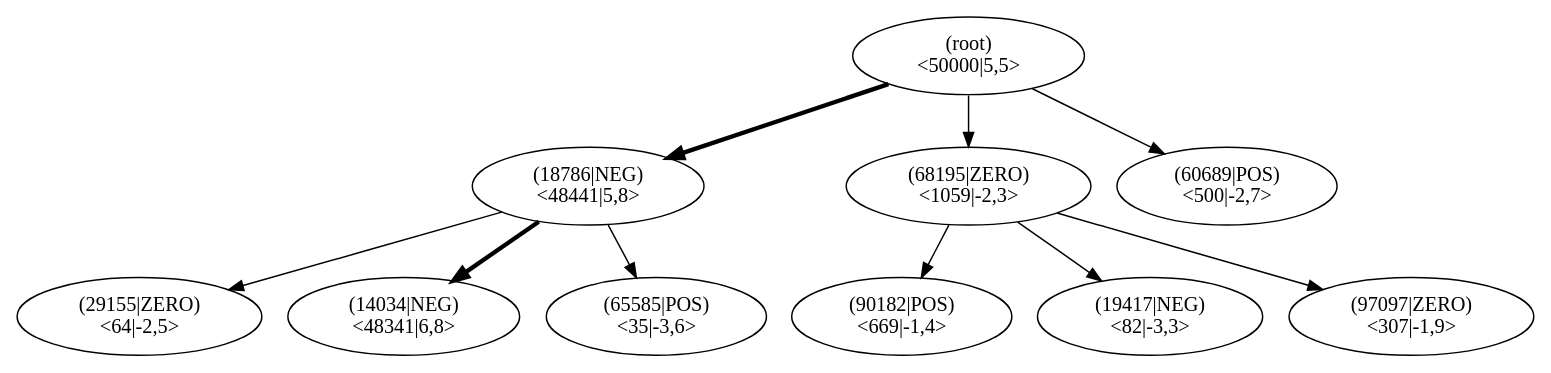
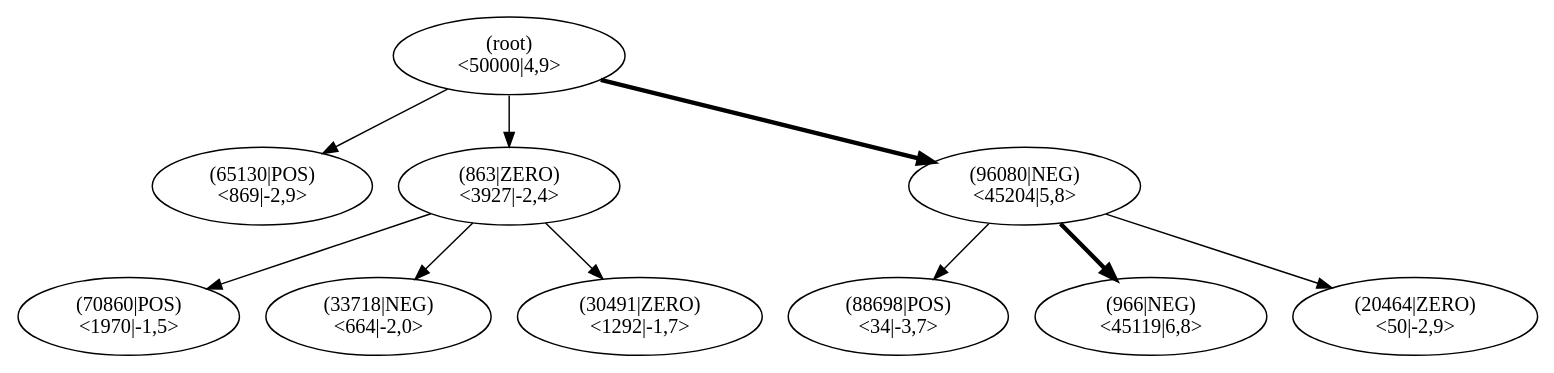
One commit to JonasHellgren/relexp-java changed the diagram in pictures/ch13/lane_test_mcts.dot. Above: the diagram before and after it, drawn with Graphviz. The commit also changed 4 other files, not shown here.

```diff
--- a/pictures/ch13/lane_test_mcts.dot
+++ b/pictures/ch13/lane_test_mcts.dot
@@ -1,32 +1,32 @@
 digraph MCTS {
 node [shape=ellipse];
 Nroot [label="(root)
-<50000|5,5>"];
-Nroot -> N18786[penwidth=3];
-N18786 [label="(18786|NEG)
-<48441|5,8>"];
-N18786 -> N29155[penwidth=1];
-N29155 [label="(29155|ZERO)
-<64|-2,5>"];
-N18786 -> N14034[penwidth=3];
-N14034 [label="(14034|NEG)
-<48341|6,8>"];
-N18786 -> N65585[penwidth=1];
-N65585 [label="(65585|POS)
-<35|-3,6>"];
-Nroot -> N68195[penwidth=1];
-N68195 [label="(68195|ZERO)
-<1059|-2,3>"];
-N68195 -> N90182[penwidth=1];
-N90182 [label="(90182|POS)
-<669|-1,4>"];
-N68195 -> N19417[penwidth=1];
-N19417 [label="(19417|NEG)
-<82|-3,3>"];
-N68195 -> N97097[penwidth=1];
-N97097 [label="(97097|ZERO)
-<307|-1,9>"];
-Nroot -> N60689[penwidth=1];
-N60689 [label="(60689|POS)
-<500|-2,7>"];
+<50000|4,9>"];
+Nroot -> N65130[penwidth=1];
+N65130 [label="(65130|POS)
+<869|-2,9>"];
+Nroot -> N863[penwidth=1];
+N863 [label="(863|ZERO)
+<3927|-2,4>"];
+N863 -> N70860[penwidth=1];
+N70860 [label="(70860|POS)
+<1970|-1,5>"];
+N863 -> N33718[penwidth=1];
+N33718 [label="(33718|NEG)
+<664|-2,0>"];
+N863 -> N30491[penwidth=1];
+N30491 [label="(30491|ZERO)
+<1292|-1,7>"];
+Nroot -> N96080[penwidth=3];
+N96080 [label="(96080|NEG)
+<45204|5,8>"];
+N96080 -> N88698[penwidth=1];
+N88698 [label="(88698|POS)
+<34|-3,7>"];
+N96080 -> N966[penwidth=3];
+N966 [label="(966|NEG)
+<45119|6,8>"];
+N96080 -> N20464[penwidth=1];
+N20464 [label="(20464|ZERO)
+<50|-2,9>"];
 }
```
